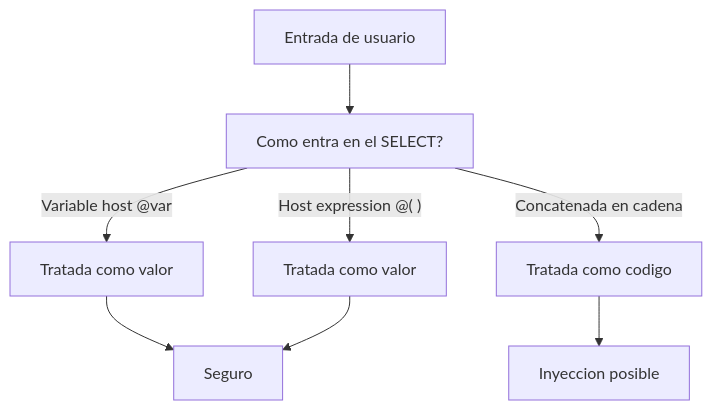
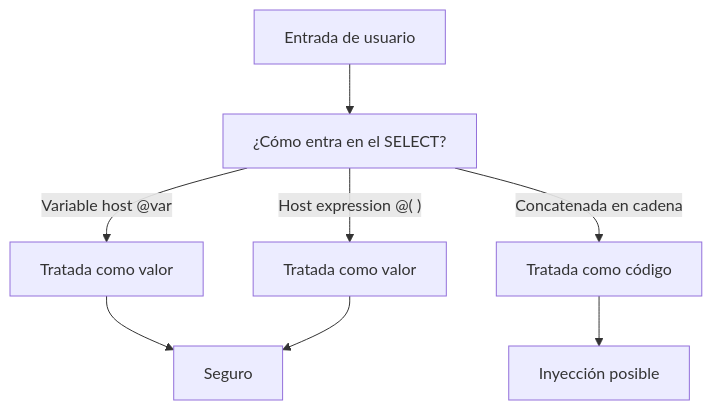
The diagram in es/sql-host-expressions-inyeccion.mdx (logalitech/blog-content), drawn with Mermaid before and after one commit. The commit also changed other lines of this file and 49 other files, not shown here.

````diff
--- a/es/sql-host-expressions-inyeccion.mdx
+++ b/es/sql-host-expressions-inyeccion.mdx
@@ -59,10 +59,10 @@
 ```mermaid
 flowchart TD
- A["Entrada de usuario"] --> B["Como entra en el SELECT?"]
+ A["Entrada de usuario"] --> B["¿Cómo entra en el SELECT?"]
  B -->|"Variable host @var"| C["Tratada como valor"]
  B -->|"Host expression @( )"| D["Tratada como valor"]
- B -->|"Concatenada en cadena"| E["Tratada como codigo"]
+ B -->|"Concatenada en cadena"| E["Tratada como código"]
  C --> F["Seguro"]
  D --> F
- E --> G["Inyeccion posible"]
+ E --> G["Inyección posible"]
 ```
````
